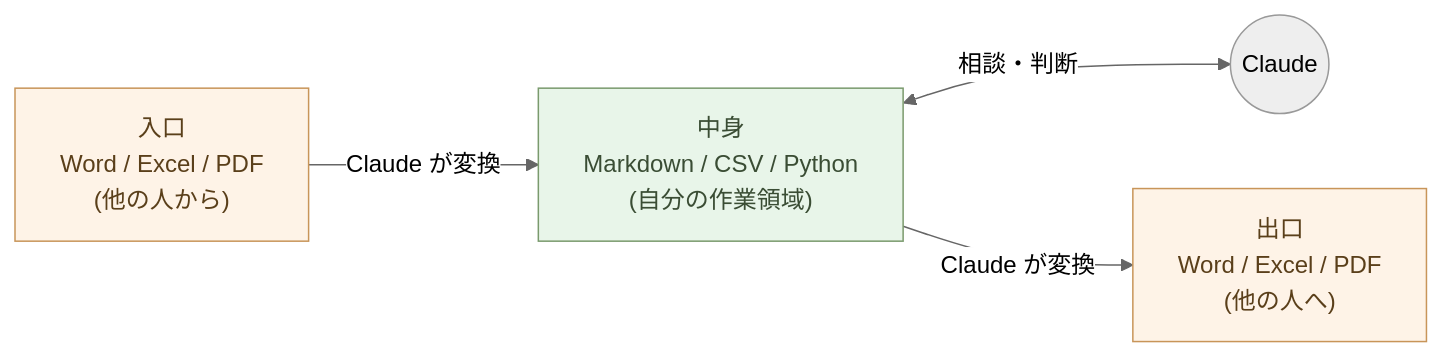
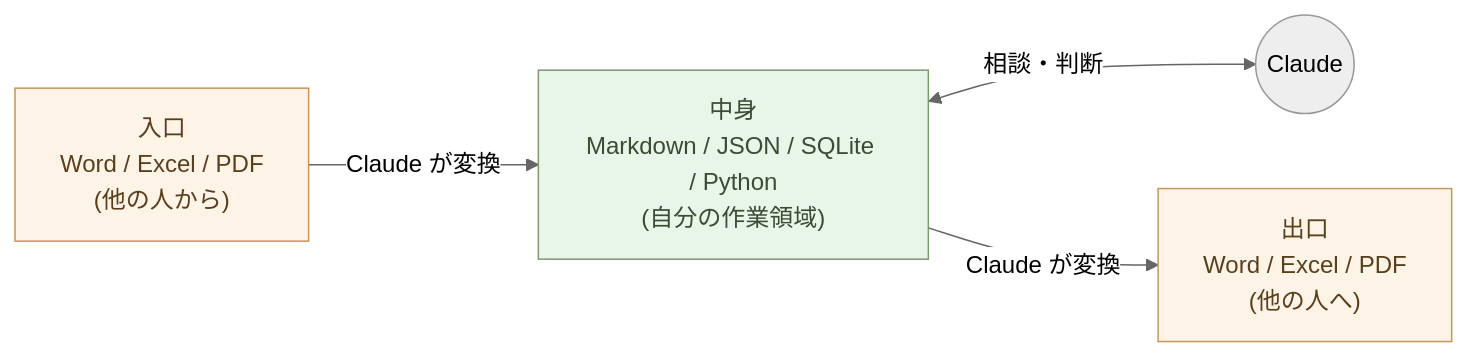
The first of 2 diagrams in articles/ai-native-ways/05-office-replacement/ja.md (aiseed-dev/website), drawn with Mermaid (neutral theme) before and after one commit. The commit also changed other lines of this file and 17 other files, not shown here.

````diff
--- a/articles/ai-native-ways/05-office-replacement/ja.md
+++ b/articles/ai-native-ways/05-office-replacement/ja.md
@@ -66,16 +66,16 @@
 ```mermaid
 flowchart LR
   In["入口<br/>Word / Excel / PDF<br/>(他の人から)"]
-  Mid["中身<br/>Markdown / CSV / Python<br/>(自分の作業領域)"]
+  Mid["中身<br/>Markdown / JSON / SQLite / Python<br/>(自分の作業領域)"]
   Out["出口<br/>Word / Excel / PDF<br/>(他の人へ)"]
   Claude(("Claude"))
 
   In -->|Claude が変換| Mid
   Mid <-->|相談・判断| Claude
   Mid -->|Claude が変換| Out
 
   classDef office fill:#fef3e7,stroke:#c89559,color:#5a3f1a
   classDef native fill:#e8f5e9,stroke:#7a9a6d,color:#3a4d34
   class In,Out office
   class Mid native
 ```
````
